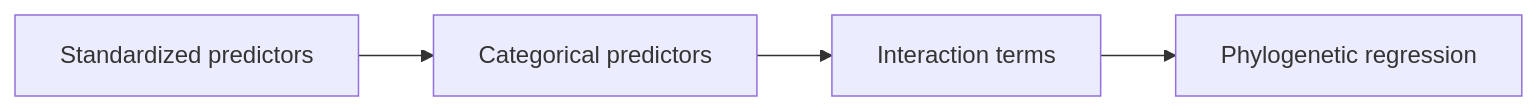
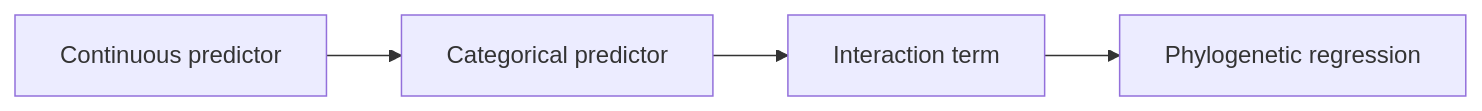
The diagram in docs/phylogenetics-evidence-book/pcm3-primate-continuous-and-categorical-regression/index.md (bijux/bijux-phylogenetics), drawn with Mermaid before and after one commit. The commit also changed other lines of this file and 12 other files, not shown here.

````diff
--- a/docs/phylogenetics-evidence-book/pcm3-primate-continuous-and-categorical-regression/index.md
+++ b/docs/phylogenetics-evidence-book/pcm3-primate-continuous-and-categorical-regression/index.md
@@ -17,6 +17,6 @@
 ```mermaid
 flowchart LR
-    A[Standardized predictors] --> B[Categorical predictors]
-    B --> C[Interaction terms]
+    A[Continuous predictor] --> B[Categorical predictor]
+    B --> C[Interaction term]
     C --> D[Phylogenetic regression]
 ```
````
